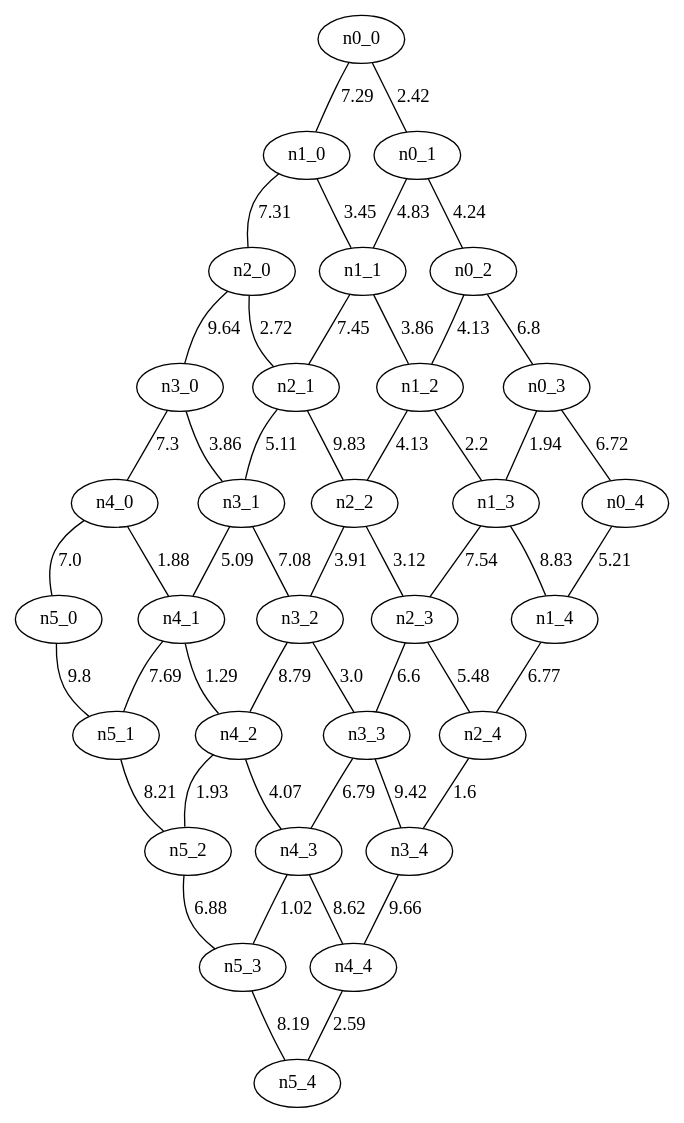
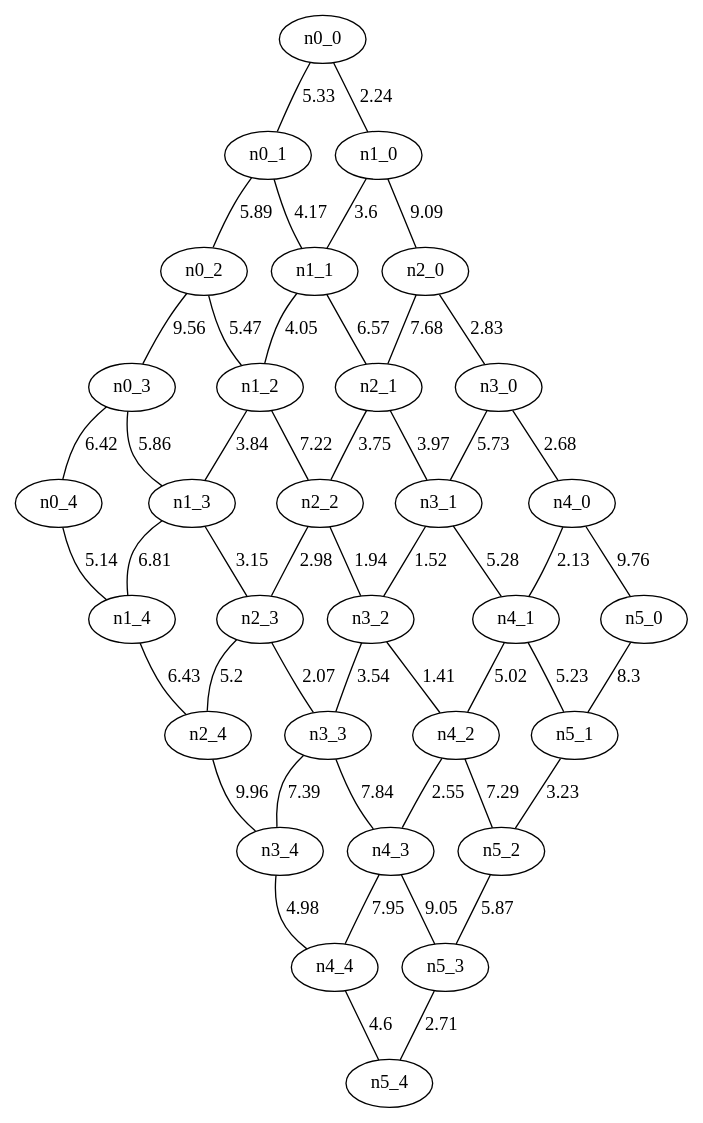
The diagram in grafo_malla_30.gv (FranciscoMGL/Proyecto-Algoritmos), drawn with Graphviz before and after one commit. The commit also changed 58 other files, not shown here.

```diff
--- a/grafo_malla_30.gv
+++ b/grafo_malla_30.gv
@@ -1,81 +1,81 @@
 graph G {
-"n1_4";
-"n4_4";
-"n3_4";
-"n1_2";
+"n2_0";
+"n4_0";
+"n5_4";
+"n1_3";
+"n5_2";
 "n5_0";
 "n4_3";
-"n1_0";
-"n5_1";
-"n3_0";
-"n5_4";
-"n2_0";
-"n1_1";
+"n1_4";
 "n5_3";
-"n5_2";
-"n2_1";
-"n2_3";
-"n2_2";
-"n3_3";
-"n1_3";
-"n4_0";
-"n0_4";
-"n4_2";
-"n3_1";
-"n0_1";
+"n0_0";
 "n0_2";
 "n3_2";
-"n0_0";
 "n0_3";
+"n3_0";
+"n2_2";
+"n3_4";
+"n5_1";
+"n3_1";
+"n1_1";
+"n1_2";
+"n0_1";
+"n3_3";
+"n4_1";
+"n2_1";
+"n0_4";
+"n1_0";
 "n2_4";
-"n4_1";
-    "n4_1" -- "n5_1" [label="7.69", len="7.69"];
-    "n1_1" -- "n1_2" [label="3.86", len="3.86"];
-    "n2_4" -- "n3_4" [label="1.6", len="1.6"];
-    "n5_1" -- "n5_2" [label="8.21", len="8.21"];
-    "n3_1" -- "n4_1" [label="5.09", len="5.09"];
-    "n4_4" -- "n5_4" [label="2.59", len="2.59"];
-    "n0_4" -- "n1_4" [label="5.21", len="5.21"];
-    "n0_2" -- "n0_3" [label="6.8", len="6.8"];
-    "n4_0" -- "n4_1" [label="1.88", len="1.88"];
-    "n0_1" -- "n1_1" [label="4.83", len="4.83"];
-    "n1_2" -- "n1_3" [label="2.2", len="2.2"];
-    "n5_2" -- "n5_3" [label="6.88", len="6.88"];
-    "n1_0" -- "n1_1" [label="3.45", len="3.45"];
-    "n0_2" -- "n1_2" [label="4.13", len="4.13"];
-    "n4_3" -- "n4_4" [label="8.62", len="8.62"];
-    "n2_3" -- "n2_4" [label="5.48", len="5.48"];
-    "n0_3" -- "n0_4" [label="6.72", len="6.72"];
-    "n2_3" -- "n3_3" [label="6.6", len="6.6"];
-    "n2_1" -- "n3_1" [label="5.11", len="5.11"];
-    "n1_3" -- "n2_3" [label="7.54", len="7.54"];
-    "n2_2" -- "n2_3" [label="3.12", len="3.12"];
-    "n3_0" -- "n3_1" [label="3.86", len="3.86"];
-    "n4_2" -- "n5_2" [label="1.93", len="1.93"];
-    "n1_2" -- "n2_2" [label="4.13", len="4.13"];
-    "n1_4" -- "n2_4" [label="6.77", len="6.77"];
-    "n5_0" -- "n5_1" [label="9.8", len="9.8"];
-    "n2_0" -- "n2_1" [label="2.72", len="2.72"];
-    "n3_3" -- "n4_3" [label="6.79", len="6.79"];
-    "n3_2" -- "n4_2" [label="8.79", len="8.79"];
-    "n2_2" -- "n3_2" [label="3.91", len="3.91"];
-    "n3_2" -- "n3_3" [label="3.0", len="3.0"];
-    "n0_0" -- "n0_1" [label="2.42", len="2.42"];
-    "n4_0" -- "n5_0" [label="7.0", len="7.0"];
-    "n1_1" -- "n2_1" [label="7.45", len="7.45"];
-    "n4_1" -- "n4_2" [label="1.29", len="1.29"];
-    "n0_3" -- "n1_3" [label="1.94", len="1.94"];
-    "n4_2" -- "n4_3" [label="4.07", len="4.07"];
-    "n2_0" -- "n3_0" [label="9.64", len="9.64"];
-    "n5_3" -- "n5_4" [label="8.19", len="8.19"];
-    "n3_1" -- "n3_2" [label="7.08", len="7.08"];
-    "n3_4" -- "n4_4" [label="9.66", len="9.66"];
-    "n1_3" -- "n1_4" [label="8.83", len="8.83"];
-    "n0_0" -- "n1_0" [label="7.29", len="7.29"];
-    "n2_1" -- "n2_2" [label="9.83", len="9.83"];
-    "n4_3" -- "n5_3" [label="1.02", len="1.02"];
-    "n1_0" -- "n2_0" [label="7.31", len="7.31"];
-    "n3_0" -- "n4_0" [label="7.3", len="7.3"];
-    "n0_1" -- "n0_2" [label="4.24", len="4.24"];
-    "n3_3" -- "n3_4" [label="9.42", len="9.42"];
+"n4_2";
+"n2_3";
+"n4_4";
+    "n0_0" -- "n1_0" [label="2.24", len="2.24"];
+    "n0_0" -- "n0_1" [label="5.33", len="5.33"];
+    "n0_1" -- "n1_1" [label="4.17", len="4.17"];
+    "n0_1" -- "n0_2" [label="5.89", len="5.89"];
+    "n0_2" -- "n1_2" [label="5.47", len="5.47"];
+    "n0_2" -- "n0_3" [label="9.56", len="9.56"];
+    "n0_3" -- "n1_3" [label="5.86", len="5.86"];
+    "n0_3" -- "n0_4" [label="6.42", len="6.42"];
+    "n0_4" -- "n1_4" [label="5.14", len="5.14"];
+    "n1_0" -- "n2_0" [label="9.09", len="9.09"];
+    "n1_0" -- "n1_1" [label="3.6", len="3.6"];
+    "n1_1" -- "n2_1" [label="6.57", len="6.57"];
+    "n1_1" -- "n1_2" [label="4.05", len="4.05"];
+    "n1_2" -- "n2_2" [label="7.22", len="7.22"];
+    "n1_2" -- "n1_3" [label="3.84", len="3.84"];
+    "n1_3" -- "n2_3" [label="3.15", len="3.15"];
+    "n1_3" -- "n1_4" [label="6.81", len="6.81"];
+    "n1_4" -- "n2_4" [label="6.43", len="6.43"];
+    "n2_0" -- "n3_0" [label="2.83", len="2.83"];
+    "n2_0" -- "n2_1" [label="7.68", len="7.68"];
+    "n2_1" -- "n3_1" [label="3.97", len="3.97"];
+    "n2_1" -- "n2_2" [label="3.75", len="3.75"];
+    "n2_2" -- "n3_2" [label="1.94", len="1.94"];
+    "n2_2" -- "n2_3" [label="2.98", len="2.98"];
+    "n2_3" -- "n3_3" [label="2.07", len="2.07"];
+    "n2_3" -- "n2_4" [label="5.2", len="5.2"];
+    "n2_4" -- "n3_4" [label="9.96", len="9.96"];
+    "n3_0" -- "n4_0" [label="2.68", len="2.68"];
+    "n3_0" -- "n3_1" [label="5.73", len="5.73"];
+    "n3_1" -- "n4_1" [label="5.28", len="5.28"];
+    "n3_1" -- "n3_2" [label="1.52", len="1.52"];
+    "n3_2" -- "n4_2" [label="1.41", len="1.41"];
+    "n3_2" -- "n3_3" [label="3.54", len="3.54"];
+    "n3_3" -- "n4_3" [label="7.84", len="7.84"];
+    "n3_3" -- "n3_4" [label="7.39", len="7.39"];
+    "n3_4" -- "n4_4" [label="4.98", len="4.98"];
+    "n4_0" -- "n5_0" [label="9.76", len="9.76"];
+    "n4_0" -- "n4_1" [label="2.13", len="2.13"];
+    "n4_1" -- "n5_1" [label="5.23", len="5.23"];
+    "n4_1" -- "n4_2" [label="5.02", len="5.02"];
+    "n4_2" -- "n5_2" [label="7.29", len="7.29"];
+    "n4_2" -- "n4_3" [label="2.55", len="2.55"];
+    "n4_3" -- "n5_3" [label="9.05", len="9.05"];
+    "n4_3" -- "n4_4" [label="7.95", len="7.95"];
+    "n4_4" -- "n5_4" [label="4.6", len="4.6"];
+    "n5_0" -- "n5_1" [label="8.3", len="8.3"];
+    "n5_1" -- "n5_2" [label="3.23", len="3.23"];
+    "n5_2" -- "n5_3" [label="5.87", len="5.87"];
+    "n5_3" -- "n5_4" [label="2.71", len="2.71"];
 }
```
